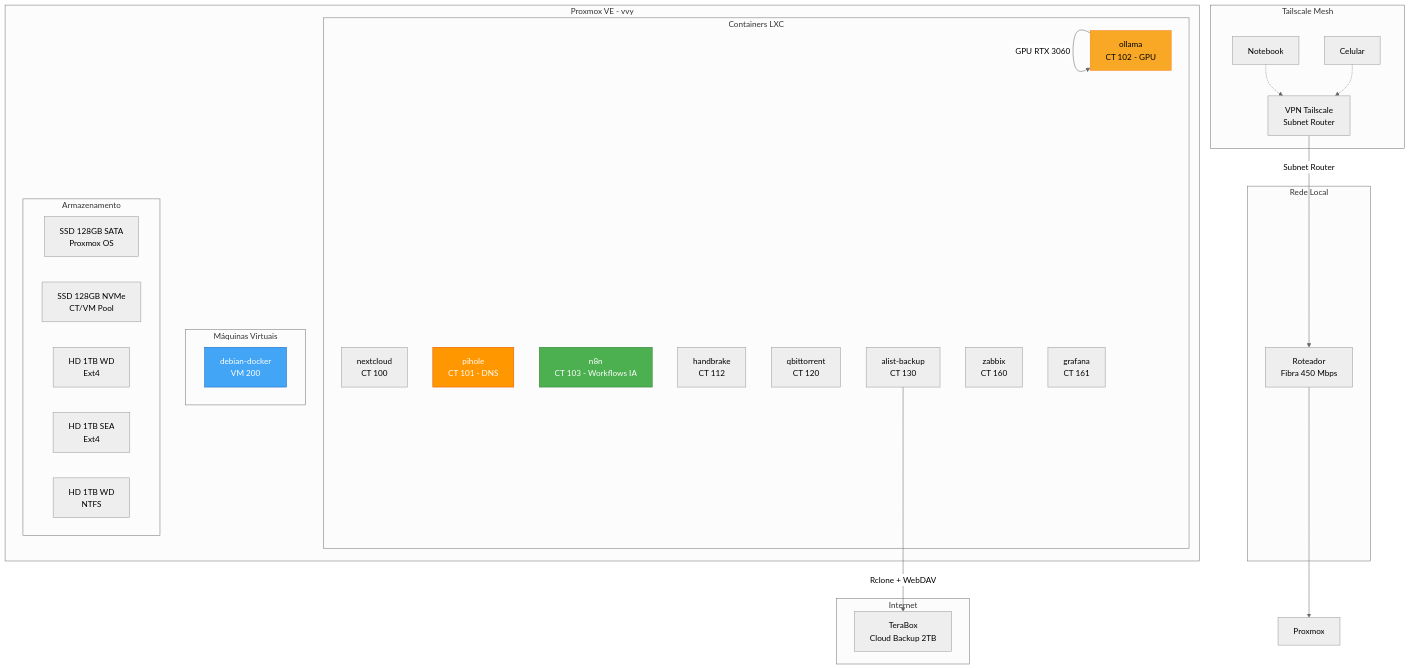
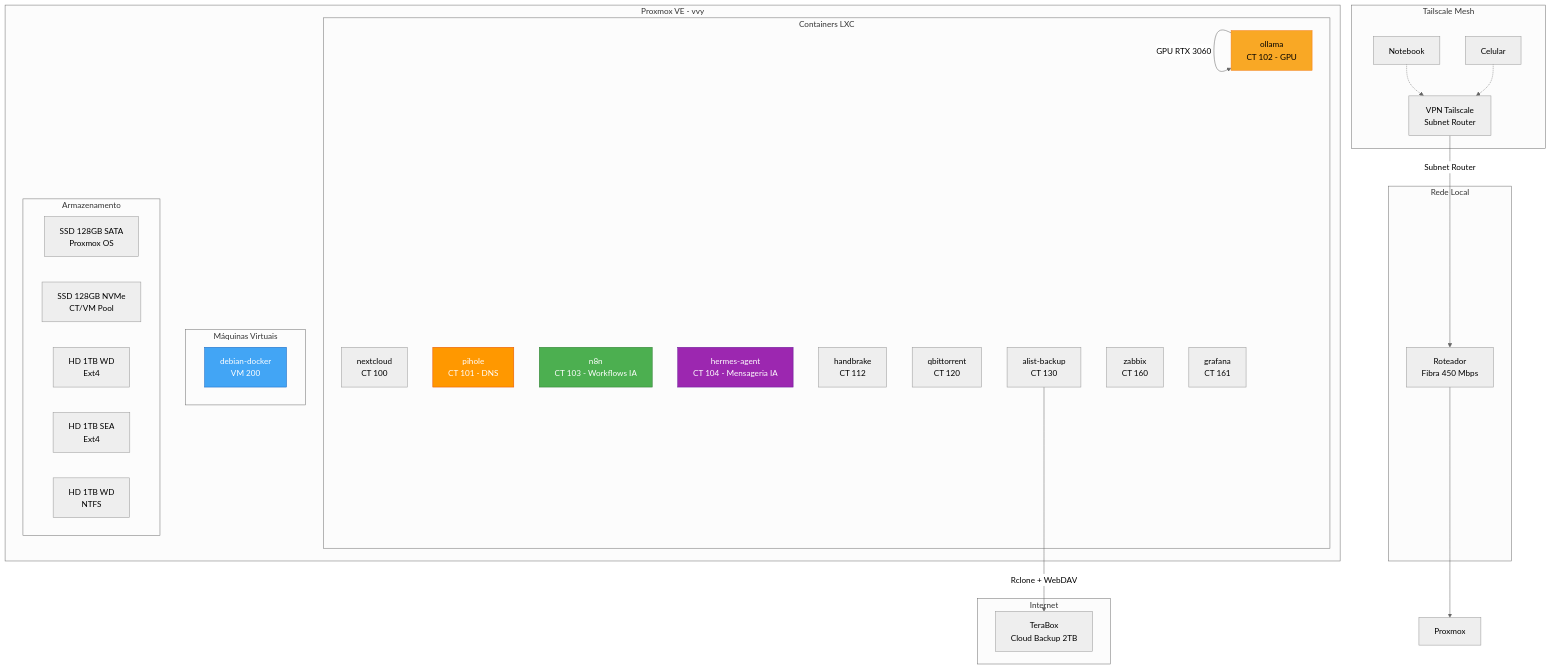
Before and after one commit to mviniciusy/vvy-homelab: the diagram in README.md, drawn with Mermaid (neutral theme). The commit also changed other lines of this file, not shown here.

Commit message:
docs: README atualizado - hermes-agent, terraform, ansible, sem emojis

````diff
--- a/README.md
+++ b/README.md
@@ -11,54 +11,56 @@
 ```mermaid
 graph TB
     subgraph Internet
         TeraBox[TeraBox<br/>Cloud Backup 2TB]
     end
 
     subgraph Rede Local
         Router[Roteador<br/>Fibra 450 Mbps]
     end
 
     subgraph Tailscale Mesh
         TS[VPN Tailscale<br/>Subnet Router]
         NB[Notebook]
         Phone[Celular]
     end
 
     subgraph Proxmox VE - vvy
         subgraph Containers LXC
             NC[nextcloud<br/>CT 100]
             PH[pihole<br/>CT 101 - DNS]
             OL[ollama<br/>CT 102 - GPU]
             N8N[n8n<br/>CT 103 - Workflows IA]
+            HER[hermes-agent<br/>CT 104 - Mensageria IA]
             HB[handbrake<br/>CT 112]
             QB[qbittorrent<br/>CT 120]
             AL[alist-backup<br/>CT 130]
             ZB[zabbix<br/>CT 160]
             GF[grafana<br/>CT 161]
         end
 
         subgraph Máquinas Virtuais
             DK[debian-docker<br/>VM 200]
         end
 
         subgraph Armazenamento
             SSD1[SSD 128GB SATA<br/>Proxmox OS]
             SSD2[SSD 128GB NVMe<br/>CT/VM Pool]
             HD1[HD 1TB WD<br/>Ext4]
             HD2[HD 1TB SEA<br/>Ext4]
             HD3[HD 1TB WD<br/>NTFS]
         end
     end
 
     Router --> Proxmox
     TS --> |Subnet Router| Router
     NB -.-> TS
     Phone -.-> TS
     AL -->|Rclone + WebDAV| TeraBox
     OL -->|GPU RTX 3060| OL
 
     style OL fill:#f9a825,stroke:#f57f17,color:#000
     style N8N fill:#4caf50,stroke:#2e7d32,color:#fff
+    style HER fill:#9c27b0,stroke:#6a1b9a,color:#fff
     style DK fill:#42a5f5,stroke:#1565c0,color:#fff
     style PH fill:#ff9800,stroke:#e65100,color:#fff
 ```
````
